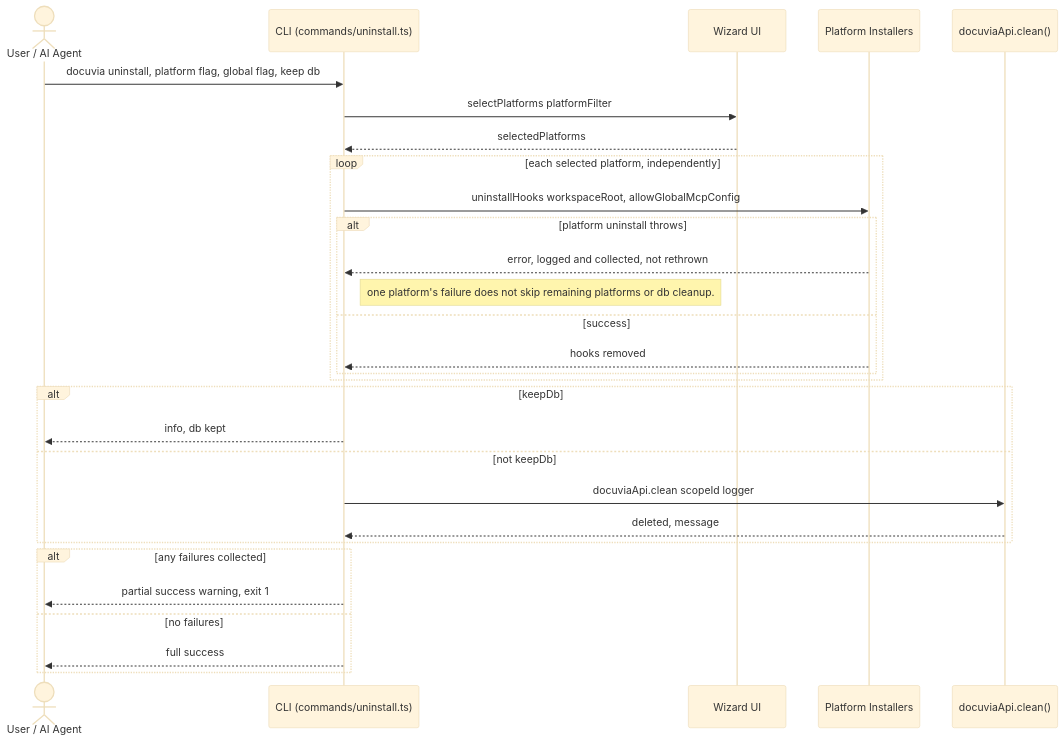
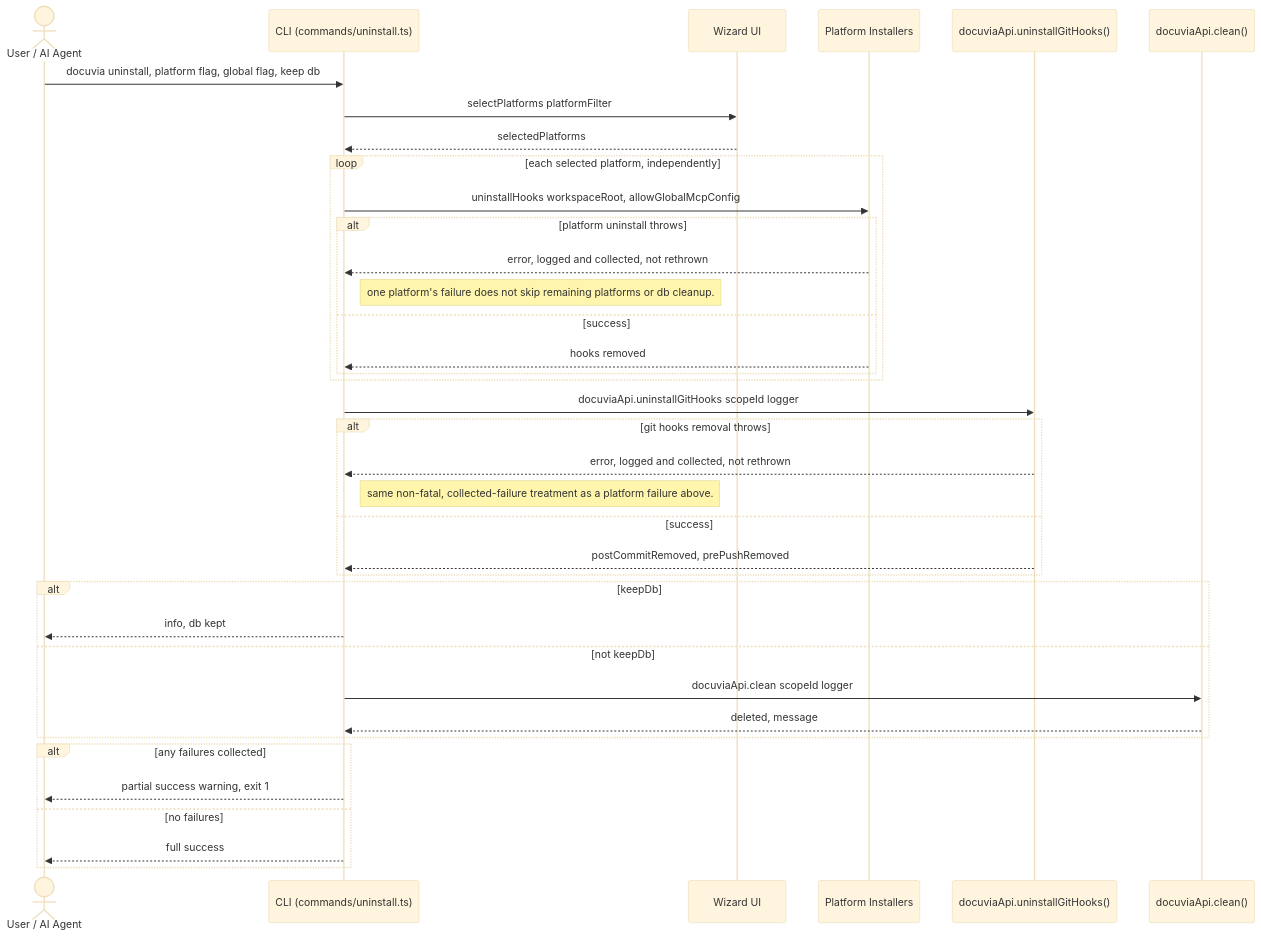
The diagram in docs/gitbook/workflows/uninstall-execution-flow.md (dyphn1/Docuvia), drawn with Mermaid (base theme) before and after one commit. The commit also changed other lines of this file and 43 other files, not shown here.

````diff
--- a/docs/gitbook/workflows/uninstall-execution-flow.md
+++ b/docs/gitbook/workflows/uninstall-execution-flow.md
@@ -13,35 +23,44 @@
 ```mermaid
 sequenceDiagram
     actor User as User / AI Agent
     participant CLI as CLI (commands/uninstall.ts)
     participant Wizard as Wizard UI
     participant Plat as Platform Installers
+    participant GitAPI as docuviaApi.uninstallGitHooks()
     participant API as docuviaApi.clean()
 
     User->>CLI: docuvia uninstall, platform flag, global flag, keep db
     CLI->>Wizard: selectPlatforms platformFilter
     Wizard-->>CLI: selectedPlatforms
 
     loop each selected platform, independently
         CLI->>Plat: uninstallHooks workspaceRoot, allowGlobalMcpConfig
         alt platform uninstall throws
             Plat-->>CLI: error, logged and collected, not rethrown
             Note right of CLI: one platform's failure does not skip remaining platforms or db cleanup.
         else success
             Plat-->>CLI: hooks removed
         end
     end
 
+    CLI->>GitAPI: docuviaApi.uninstallGitHooks scopeId logger
+    alt git hooks removal throws
+        GitAPI-->>CLI: error, logged and collected, not rethrown
+        Note right of CLI: same non-fatal, collected-failure treatment as a platform failure above.
+    else success
+        GitAPI-->>CLI: postCommitRemoved, prePushRemoved
+    end
+
     alt keepDb
         CLI-->>User: info, db kept
     else not keepDb
         CLI->>API: docuviaApi.clean scopeId logger
         API-->>CLI: deleted, message
     end
 
     alt any failures collected
         CLI-->>User: partial success warning, exit 1
     else no failures
         CLI-->>User: full success
     end
 ```
````
